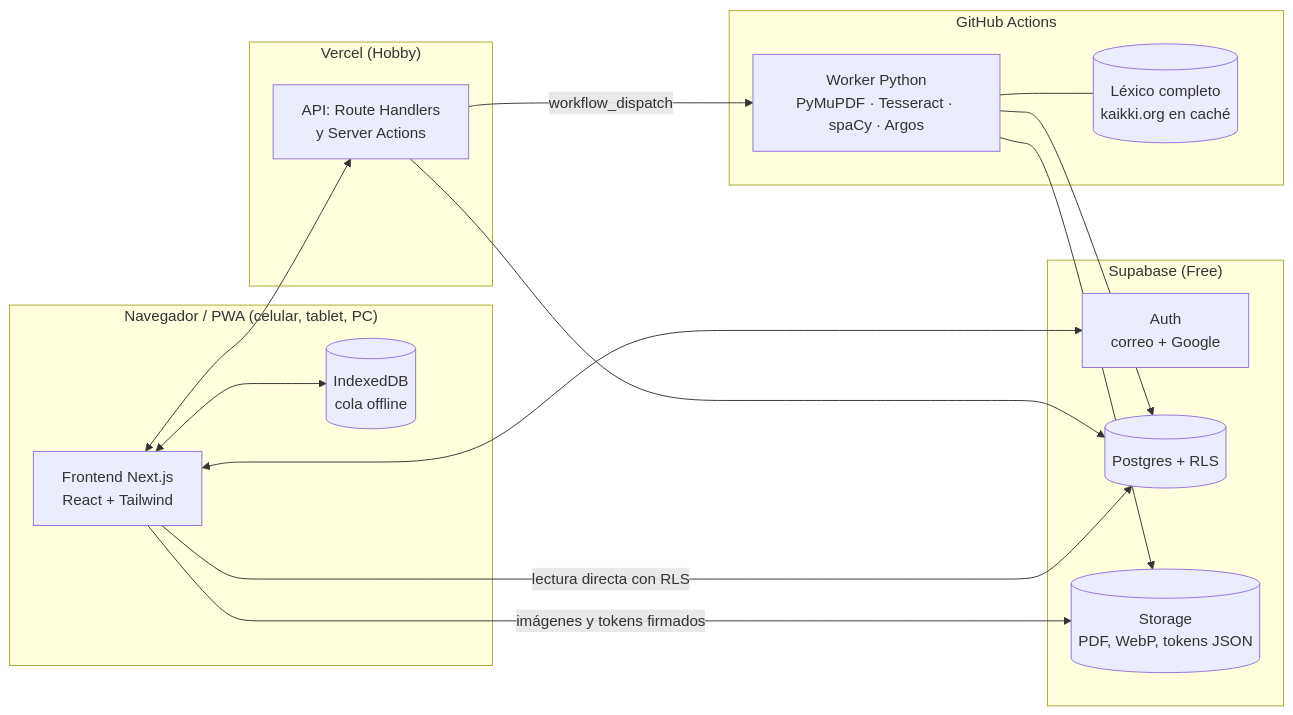
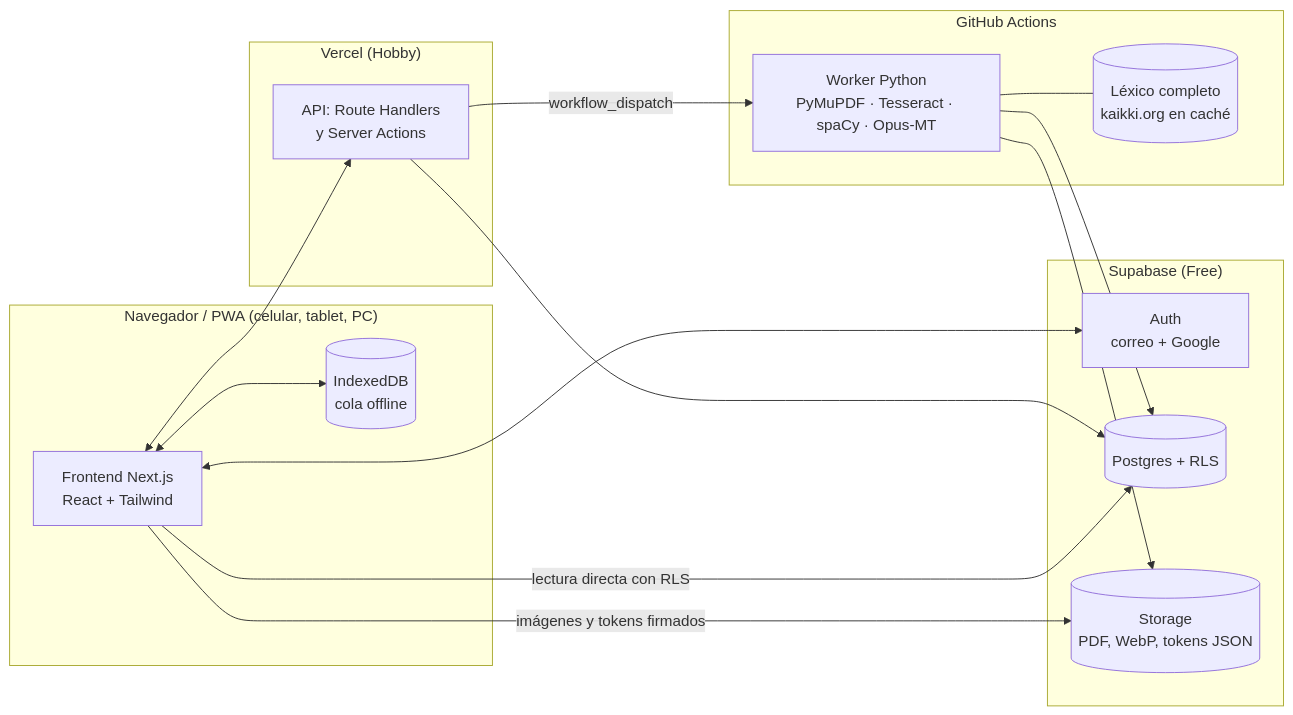
Before and after one commit to Ally2403/My-Deutsch: the diagram in docs/03-modulos-y-arquitectura.md, drawn with Mermaid. The commit also changed 3 other files, not shown here.

Commit message:
RF-43: ADR-007 reemplaza Argos por Opus-MT para las acepciones

````diff
--- a/docs/03-modulos-y-arquitectura.md
+++ b/docs/03-modulos-y-arquitectura.md
@@ -5,29 +5,29 @@
 ```mermaid
 flowchart LR
   subgraph Cliente["Navegador / PWA (celular, tablet, PC)"]
     UI[Frontend Next.js<br/>React + Tailwind]
     IDB[(IndexedDB<br/>cola offline)]
   end
   subgraph Vercel["Vercel (Hobby)"]
     API[API: Route Handlers<br/>y Server Actions]
   end
   subgraph Supabase["Supabase (Free)"]
     AUTH[Auth<br/>correo + Google]
     DB[(Postgres + RLS)]
     ST[(Storage<br/>PDF, WebP, tokens JSON)]
   end
   subgraph GHA["GitHub Actions"]
-    W[Worker Python<br/>PyMuPDF · Tesseract · spaCy · Argos]
+    W[Worker Python<br/>PyMuPDF · Tesseract · spaCy · Opus-MT]
     LX[(Léxico completo<br/>kaikki.org en caché)]
   end
   UI <--> API
   UI <--> AUTH
   UI -- lectura directa con RLS --> DB
   UI -- imágenes y tokens firmados --> ST
   UI <--> IDB
   API --> DB
   API -- workflow_dispatch --> W
   W --> ST
   W --> DB
   W --- LX
 ```
````
